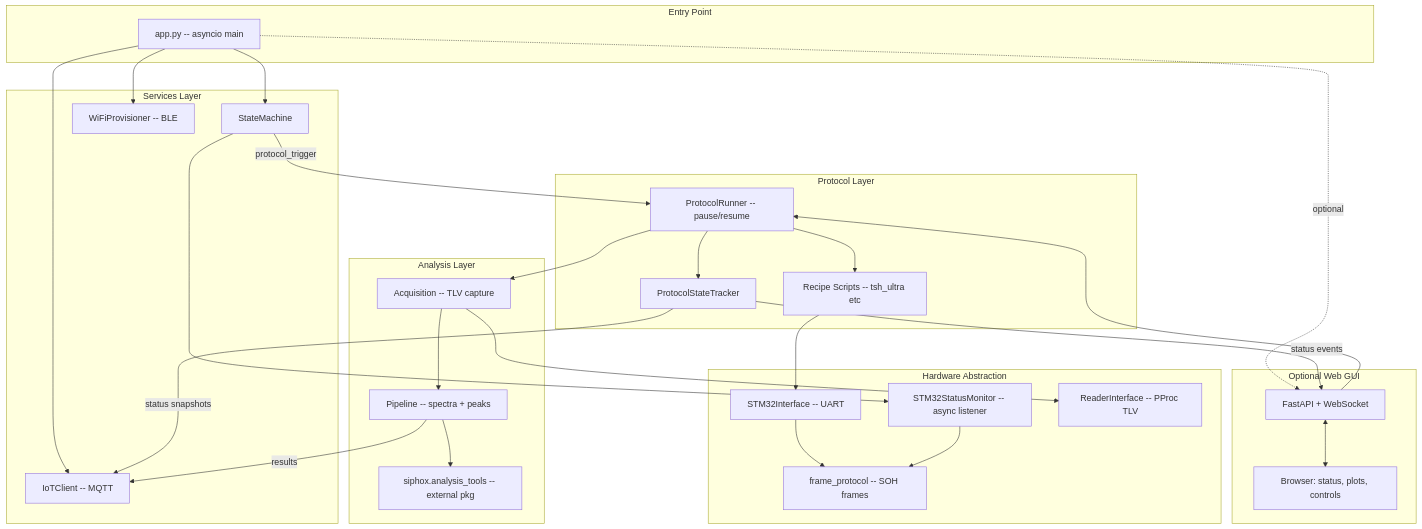
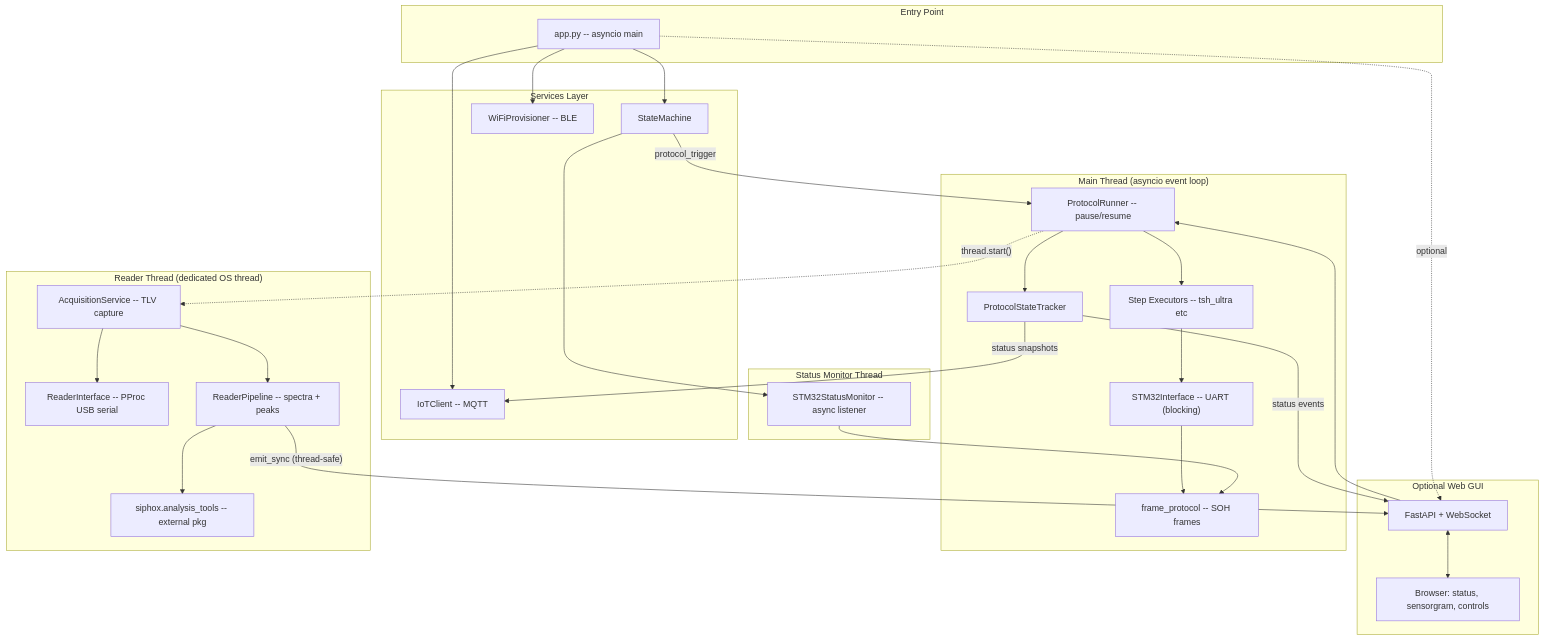
Before and after one commit to sp-mzhang/ultra-rpi: the first of 2 diagrams in docs/ARCHITECTURE.md, drawn with Mermaid. The commit also changed other lines of this file and 5 other files, not shown here.

First line of the commit message:
refactor: dedicated reader thread, remove pressure UI, update docs

````diff
--- a/docs/ARCHITECTURE.md
+++ b/docs/ARCHITECTURE.md
@@ -93,57 +93,57 @@
 ```mermaid
 graph TD
     subgraph entrypoint [Entry Point]
         App["app.py -- asyncio main"]
     end
 
     subgraph guiLayer [Optional Web GUI]
         API["FastAPI + WebSocket"]
-        FE["Browser: status, plots, controls"]
+        FE["Browser: status, sensorgram, controls"]
     end
 
     subgraph services [Services Layer]
         SM["StateMachine"]
         IoT["IoTClient -- MQTT"]
         WiFi["WiFiProvisioner -- BLE"]
     end
 
-    subgraph protocol [Protocol Layer]
+    subgraph mainThread ["Main Thread (asyncio event loop)"]
         Runner["ProtocolRunner -- pause/resume"]
         Tracker["ProtocolStateTracker"]
-        Recipe["Recipe Scripts -- tsh_ultra etc"]
+        Recipe["Step Executors -- tsh_ultra etc"]
+        STM["STM32Interface -- UART (blocking)"]
+        FP["frame_protocol -- SOH frames"]
     end
 
-    subgraph hw [Hardware Abstraction]
-        STM["STM32Interface -- UART"]
-        Mon["STM32StatusMonitor -- async listener"]
-        FP["frame_protocol -- SOH frames"]
-        Reader["ReaderInterface -- PProc TLV"]
+    subgraph readerThread ["Reader Thread (dedicated OS thread)"]
+        Acq["AcquisitionService -- TLV capture"]
+        Reader["ReaderInterface -- PProc USB serial"]
+        Pipe["ReaderPipeline -- spectra + peaks"]
+        AT["siphox.analysis_tools -- external pkg"]
     end
 
-    subgraph analysis [Analysis Layer]
-        Acq["Acquisition -- TLV capture"]
-        Pipe["Pipeline -- spectra + peaks"]
-        AT["siphox.analysis_tools -- external pkg"]
+    subgraph monitor [Status Monitor Thread]
+        Mon["STM32StatusMonitor -- async listener"]
     end
 
     App --> SM
     App --> IoT
     App --> WiFi
     App -.->|"optional"| API
     API <--> FE
     API --> Runner
     SM -->|"protocol_trigger"| Runner
     Runner --> Tracker
     Runner --> Recipe
     Recipe --> STM
     STM --> FP
     Mon --> FP
     SM --> Mon
-    Runner --> Acq
+    Runner -.->|"thread.start()"| Acq
     Acq --> Reader
     Acq --> Pipe
     Pipe --> AT
-    Pipe -->|"results"| IoT
+    Pipe -->|"emit_sync (thread-safe)"| API
     Tracker -->|"status events"| API
     Tracker -->|"status snapshots"| IoT
 ```
````
